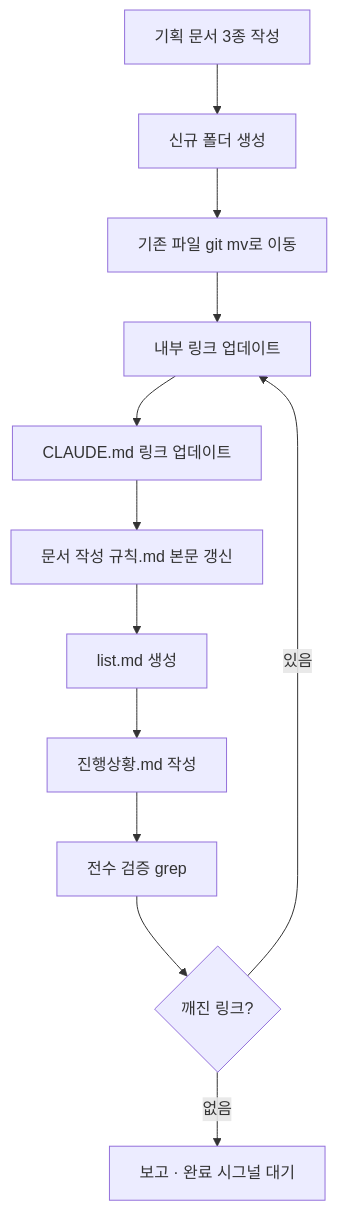
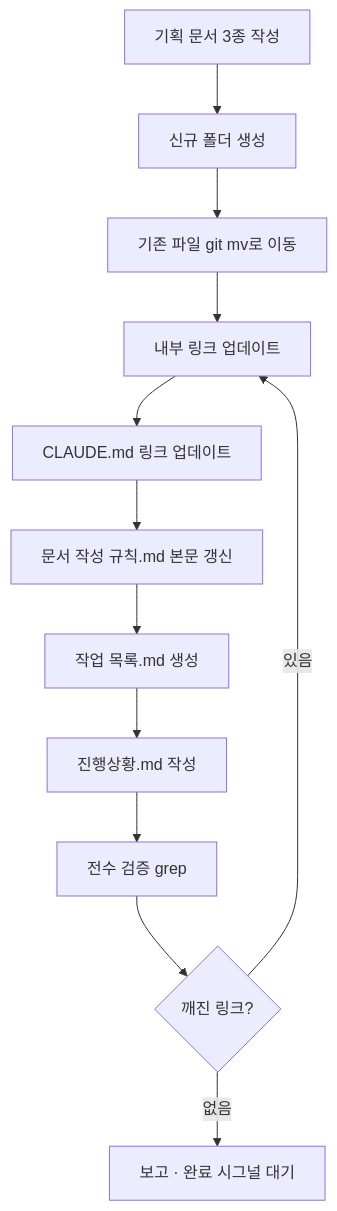
One commit to eskim-todoc/claude changed the diagram in docs/tasks/meta/20260424_docs-restructure/구현계획.md. Above: the diagram before and after it, drawn with Mermaid. The commit also changed other lines of this file and 53 other files, not shown here.

````diff
--- a/docs/tasks/meta/20260424_docs-restructure/구현계획.md
+++ b/docs/tasks/meta/20260424_docs-restructure/구현계획.md
@@ -15,14 +15,14 @@
 ```mermaid
 flowchart TD
     A[기획 문서 3종 작성] --> B[신규 폴더 생성]
     B --> C[기존 파일 git mv로 이동]
     C --> D[내부 링크 업데이트]
     D --> E[CLAUDE.md 링크 업데이트]
     E --> F[문서 작성 규칙.md 본문 갱신]
-    F --> G[list.md 생성]
+    F --> G[작업 목록.md 생성]
     G --> H[진행상황.md 작성]
     H --> I[전수 검증 grep]
     I --> J{깨진 링크?}
     J -->|있음| D
     J -->|없음| K[보고 · 완료 시그널 대기]
 ```
````
